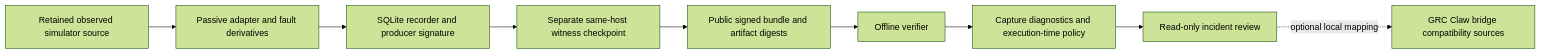
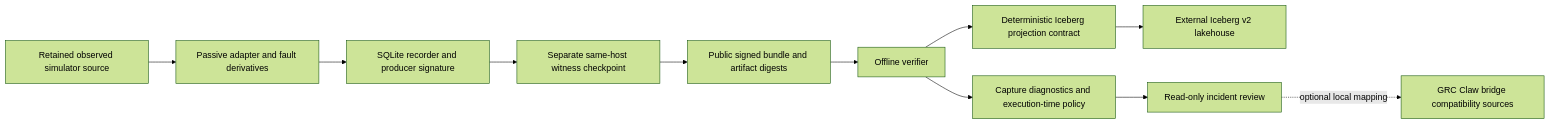
The diagram in ARCHITECTURE.md (AAH20/robot-black-box), drawn with Mermaid (forest theme) before and after one commit. The commit also changed other lines of this file and 29 other files, not shown here.

Commit message:
Define open-core boundary and add Iceberg projection

````diff
--- a/ARCHITECTURE.md
+++ b/ARCHITECTURE.md
@@ -3,11 +3,13 @@
 ```mermaid
 flowchart LR
   S[Retained observed simulator source] --> A[Passive adapter and fault derivatives]
   A --> R[SQLite recorder and producer signature]
   R --> W[Separate same-host witness checkpoint]
   W --> B[Public signed bundle and artifact digests]
   B --> V[Offline verifier]
   V --> Q[Capture diagnostics and execution-time policy]
+  V --> D[Deterministic Iceberg projection contract]
+  D --> L[External Iceberg v2 lakehouse]
   Q --> I[Read-only incident review]
   I -. optional local mapping .-> G[GRC Claw bridge compatibility sources]
 ```
````
